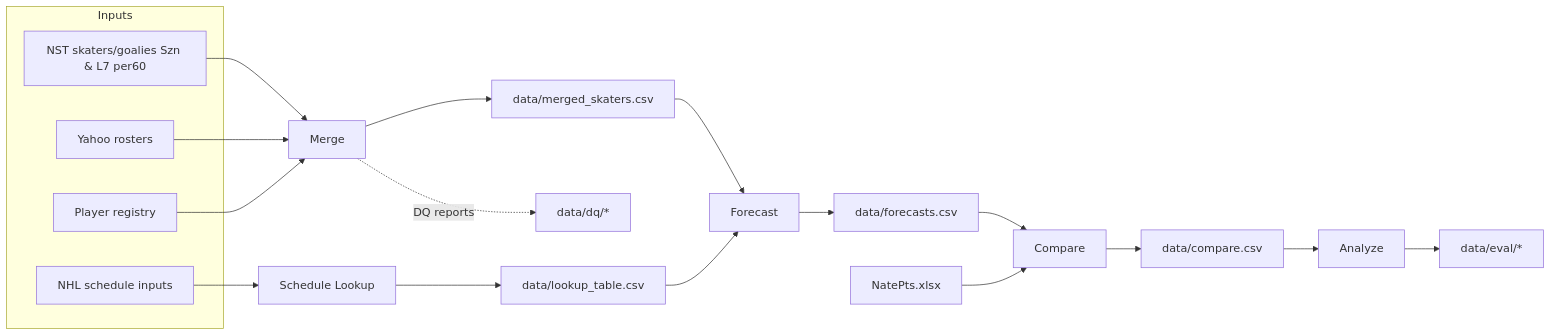
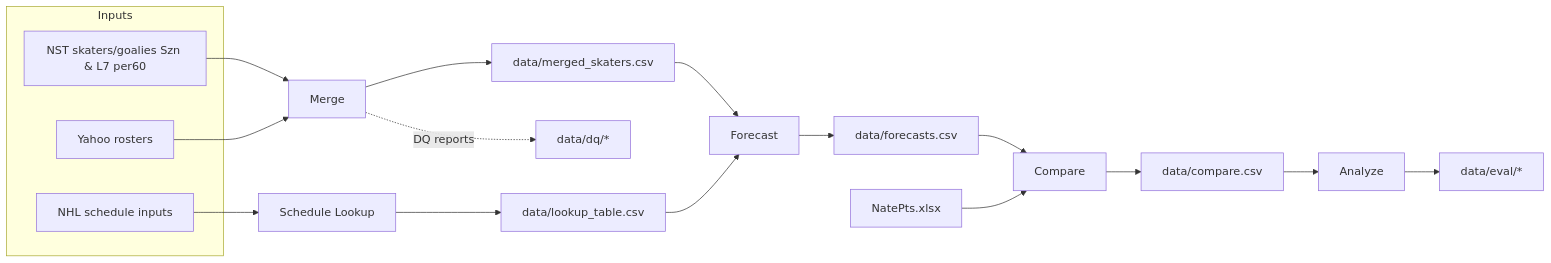
Before and after one commit to dsoluk/NSTstats: the diagram in docs/PROCESS.md, drawn with Mermaid. The commit also changed other lines of this file and 252 other files, not shown here.

````diff
--- a/docs/PROCESS.md
+++ b/docs/PROCESS.md
@@ -171,30 +169,28 @@
 ```mermaid
 flowchart LR
   subgraph Inputs
     NST[NST skaters/goalies Szn & L7 per60]
     Yahoo[Yahoo rosters]
-    Registry[Player registry]
     SchedSrc[NHL schedule inputs]
   end
 
   NST --> Merge
   Yahoo --> Merge
-  Registry --> Merge
   Merge --> Merged[data/merged_skaters.csv]
 
   SchedSrc --> Sched[Schedule Lookup]
   Sched --> Lookup[data/lookup_table.csv]
 
   Merged --> Forecast
   Lookup --> Forecast
   Forecast --> FCSV[data/forecasts.csv]
 
   FCSV --> Compare
   Proj[NatePts.xlsx] --> Compare
   Compare --> CCsv[data/compare.csv]
 
   CCsv --> Analyze
   Analyze --> Eval[data/eval/*]
 
   Merge -. DQ reports .-> DQ[data/dq/*]
 ```
````
